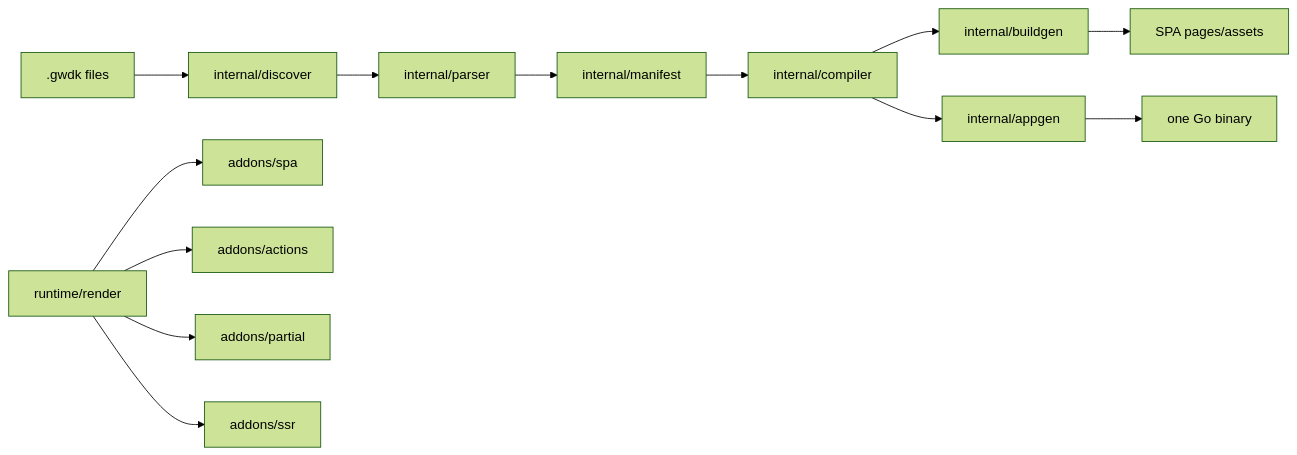
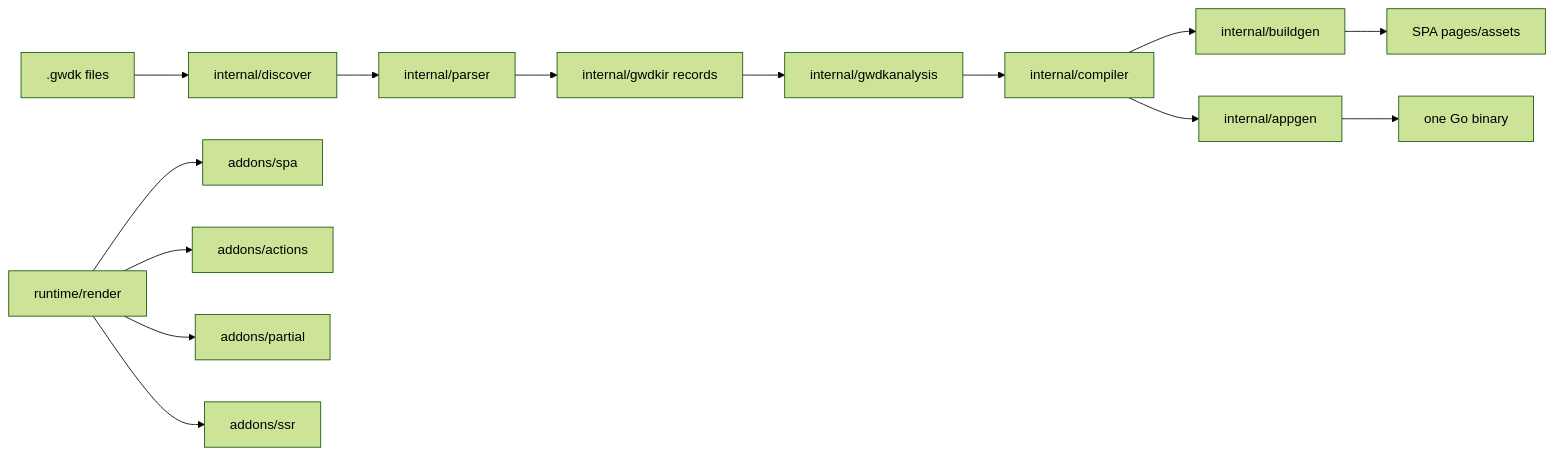
One commit to cssbruno/GoWDK changed the diagram in docs/engineering/architecture.md. Above: the diagram before and after it, drawn with Mermaid (forest theme). The commit also changed other lines of this file and 5 other files, not shown here.

````diff
--- a/docs/engineering/architecture.md
+++ b/docs/engineering/architecture.md
@@ -322,16 +321,17 @@
 ```mermaid
 flowchart LR
   Source[.gwdk files] --> Discover[internal/discover]
   Discover --> Parser[internal/parser]
-  Parser --> Manifest[internal/manifest]
-  Manifest --> Compiler[internal/compiler]
+  Parser --> IR[internal/gwdkir records]
+  IR --> Assembly[internal/gwdkanalysis]
+  Assembly --> Compiler[internal/compiler]
   Compiler --> Buildgen[internal/buildgen]
   Compiler --> Appgen[internal/appgen]
   Buildgen --> SPA[SPA pages/assets]
   Appgen --> Binary[one Go binary]
 
   Render[runtime/render] --> SPAAddon[addons/spa]
   Render --> ActionsAddon[addons/actions]
   Render --> PartialAddon[addons/partial]
   Render --> SSRAddon[addons/ssr]
 ```
````
